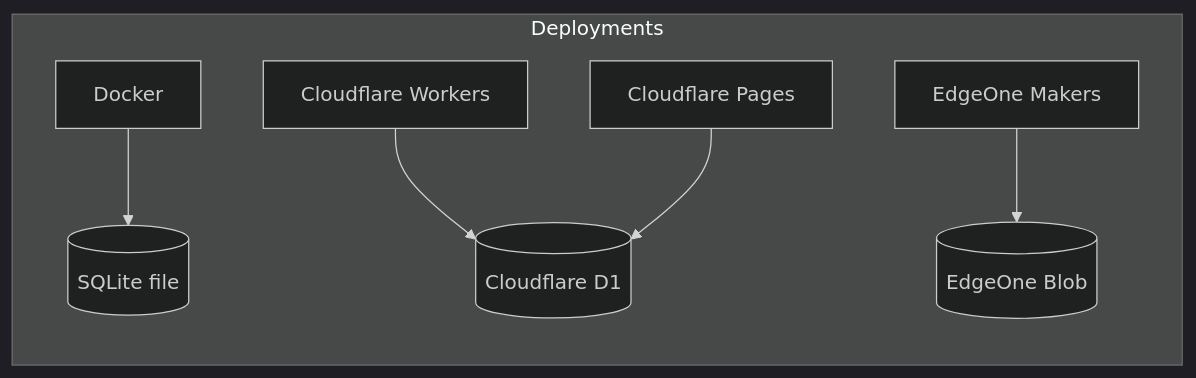
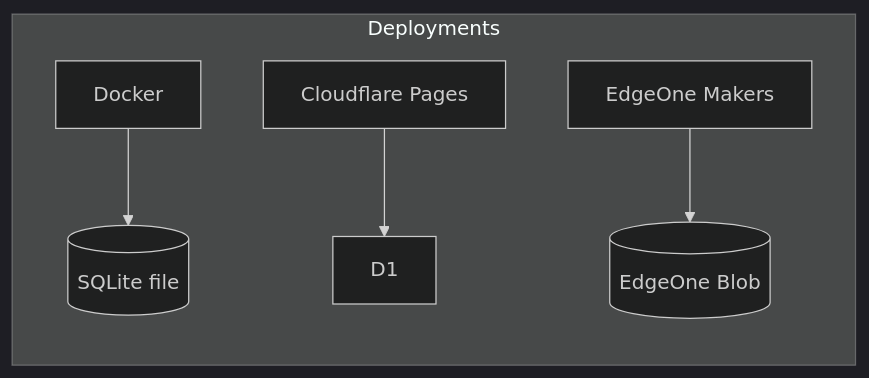
The second of 3 diagrams in README.md (hooleeas/subconverter-with-web), drawn with Mermaid (dark theme) before and after one commit. The commit also changed other lines of this file and 3 other files, not shown here.

First line of the commit message:
chore: drop Cloudflare Workers support

````diff
--- a/README.md
+++ b/README.md
@@ -22,9 +22,8 @@
 ```mermaid
 flowchart LR
     subgraph Deployments
         D[Docker] --> SQLite[(SQLite file)]
-        W[Cloudflare Workers] --> D1[(Cloudflare D1)]
         P[Cloudflare Pages] --> D1
         E[EdgeOne Makers] --> B[(EdgeOne Blob)]
     end
 ```
````
